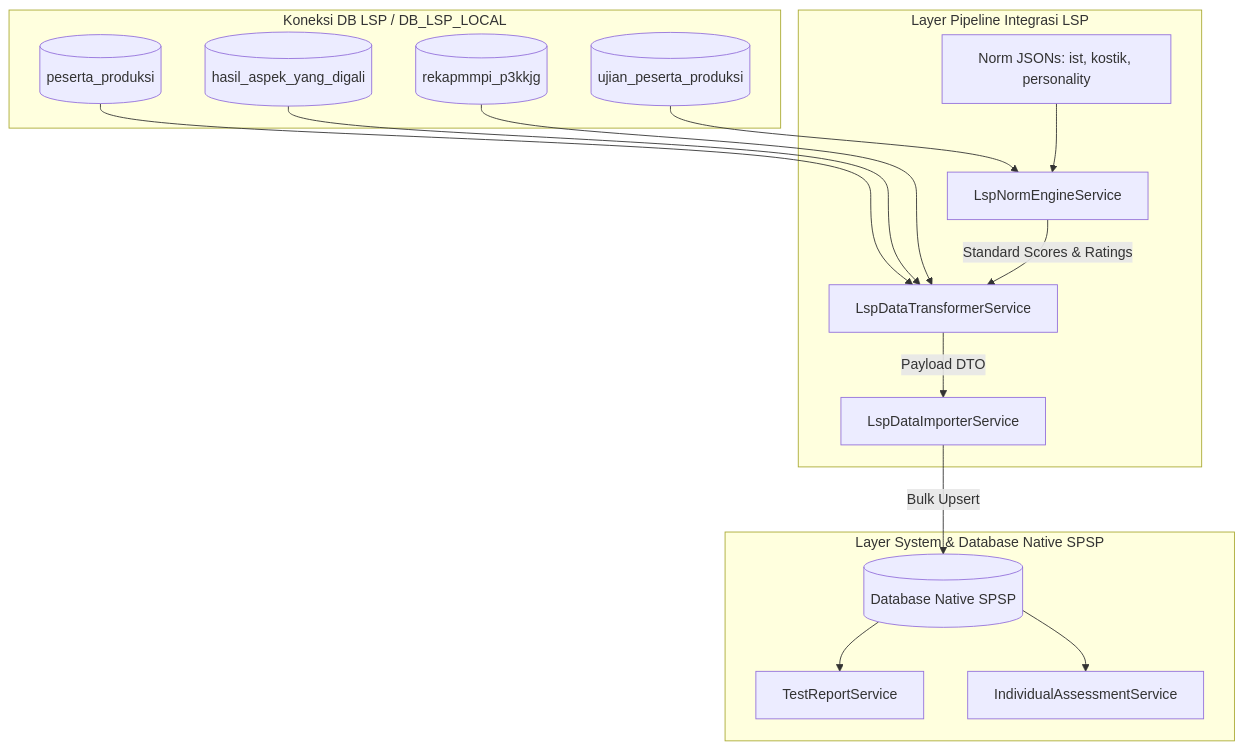
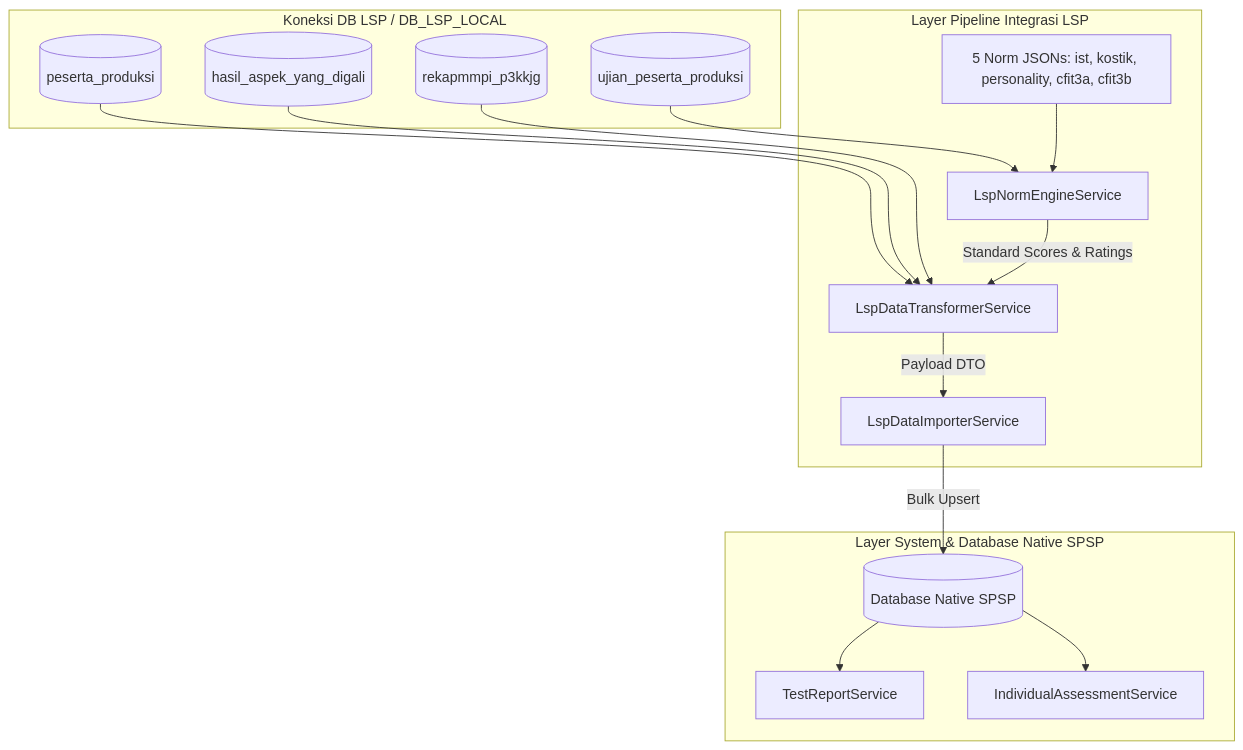
Before and after one commit to RnDQuantum/spsp_new: the diagram in docs/lsp_integration/README.md, drawn with Mermaid. The commit also changed other lines of this file and 5 other files, not shown here.

First line of the commit message:
feat(lsp): add CFIT 3A and 3B norm support with architecture docs

````diff
--- a/docs/lsp_integration/README.md
+++ b/docs/lsp_integration/README.md
@@ -34,32 +36,32 @@
 ```mermaid
 flowchart TD
     subgraph LSP_SOURCE [Koneksi DB LSP / DB_LSP_LOCAL]
         DB1[(peserta_produksi)]
         DB2[(ujian_peserta_produksi)]
         DB3[(hasil_aspek_yang_digali)]
         DB4[(rekapmmpi_p3kkjg)]
     end
 
     subgraph LSP_SERVICES [Layer Pipeline Integrasi LSP]
         S1[LspNormEngineService]
         S2[LspDataTransformerService]
         S3[LspDataImporterService]
-        S4[Norm JSONs: ist, kostik, personality]
+        S4[5 Norm JSONs: ist, kostik, personality, cfit3a, cfit3b]
     end
 
     subgraph SPSP_NATIVE [Layer System & Database Native SPSP]
         DB_SPSP[(Database Native SPSP)]
         S5[TestReportService]
         S6[IndividualAssessmentService]
     end
 
     DB2 --> S1
     S4 --> S1
     DB1 & DB3 & DB4 --> S2
     S1 -->|Standard Scores & Ratings| S2
     S2 -->|Payload DTO| S3
     S3 -->|Bulk Upsert| DB_SPSP
 
     DB_SPSP --> S5
     DB_SPSP --> S6
 ```
````
